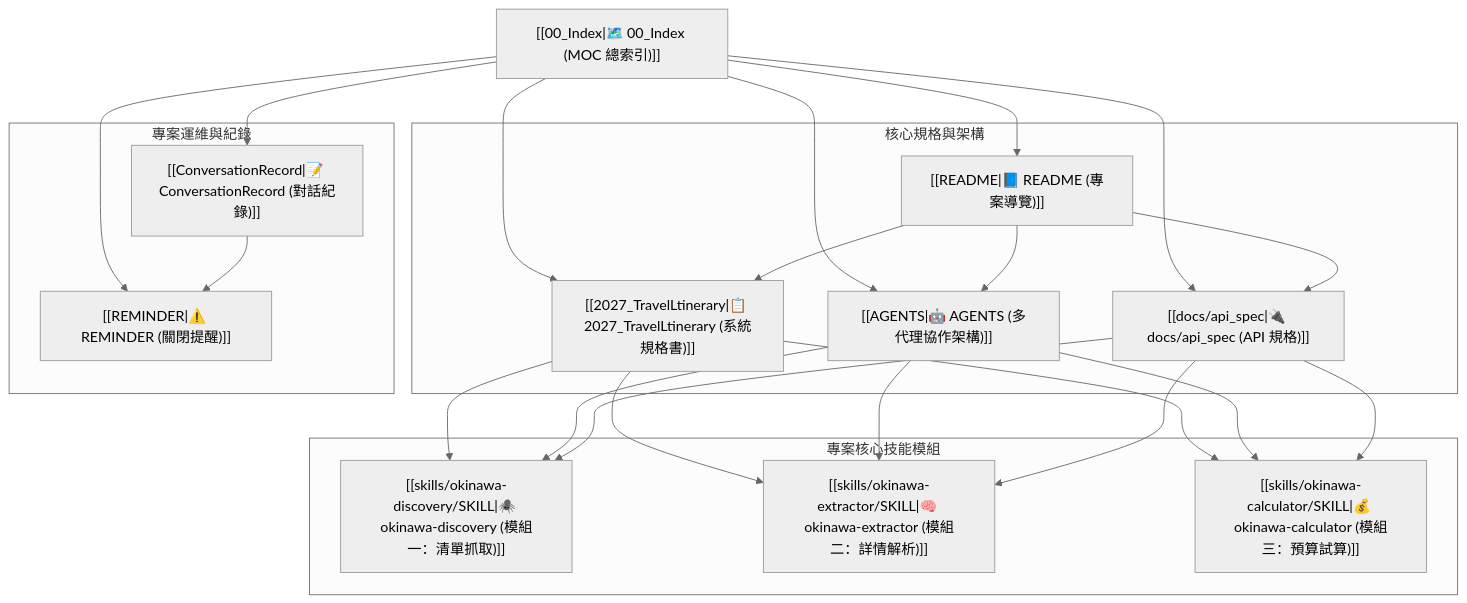
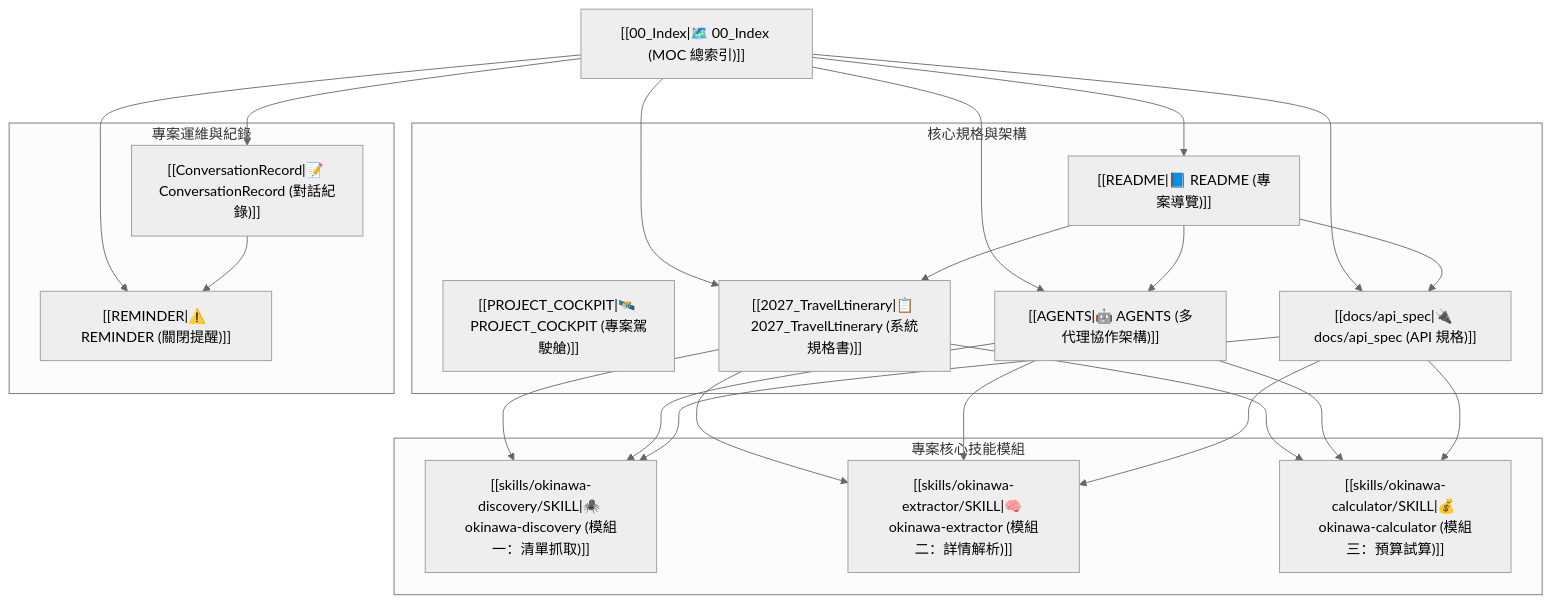
One commit to klin1976/okinawa-lny2027-tracker changed the diagram in 00_Index.md. Above: the diagram before and after it, drawn with Mermaid (neutral theme). The commit also changed other lines of this file and 2 other files, not shown here.

Commit message:
docs: add PROJECT_COCKPIT and update MOC

````diff
--- a/00_Index.md
+++ b/00_Index.md
@@ -28,46 +28,47 @@
 ```mermaid
 flowchart TD
     Index["[[00_Index|🗺️ 00_Index (MOC 總索引)]]"]
 
     subgraph 核心規格與架構
+        COCKPIT["[[PROJECT_COCKPIT|🛰️ PROJECT_COCKPIT (專案駕駛艙)]]"]
         README["[[README|📘 README (專案導覽)]]"]
         SPEC["[[2027_TravelLtinerary|📋 2027_TravelLtinerary (系統規格書)]]"]
         AGENTS["[[AGENTS|🤖 AGENTS (多代理協作架構)]]"]
         APISPEC["[[docs/api_spec|🔌 docs/api_spec (API 規格)]]"]
     end
 
     subgraph 專案核心技能模組
         M1["[[skills/okinawa-discovery/SKILL|🕷️ okinawa-discovery (模組一：清單抓取)]]"]
         M2["[[skills/okinawa-extractor/SKILL|🧠 okinawa-extractor (模組二：詳情解析)]]"]
         M3["[[skills/okinawa-calculator/SKILL|💰 okinawa-calculator (模組三：預算試算)]]"]
     end
 
     subgraph 專案運維與紀錄
         CONV["[[ConversationRecord|📝 ConversationRecord (對話紀錄)]]"]
         REMIND["[[REMINDER|⚠️ REMINDER (關閉提醒)]]"]
     end
 
     Index --> README
     Index --> SPEC
     Index --> AGENTS
     Index --> APISPEC
     Index --> CONV
     Index --> REMIND
 
     SPEC --> M1
     SPEC --> M2
     SPEC --> M3
 
     AGENTS --> M1
     AGENTS --> M2
     AGENTS --> M3
 
     APISPEC --> M1
     APISPEC --> M2
     APISPEC --> M3
 
     README --> SPEC
     README --> AGENTS
     README --> APISPEC
     CONV --> REMIND
 ```
````
